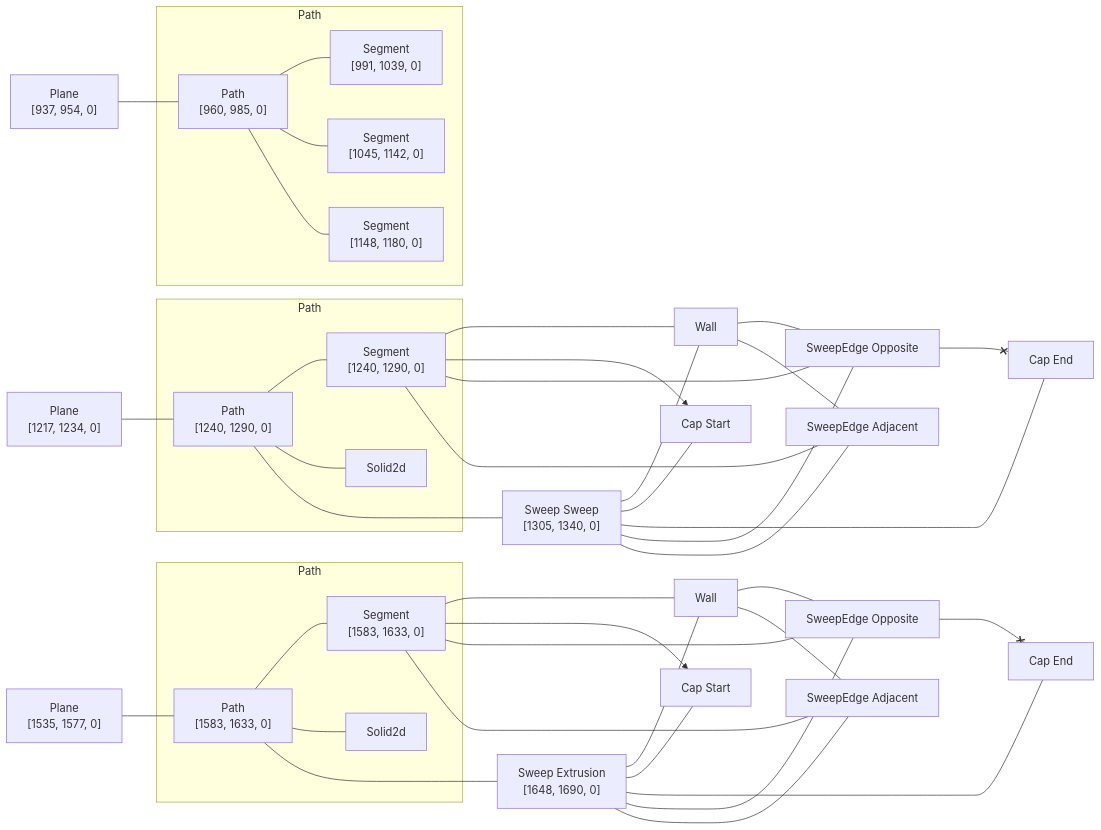
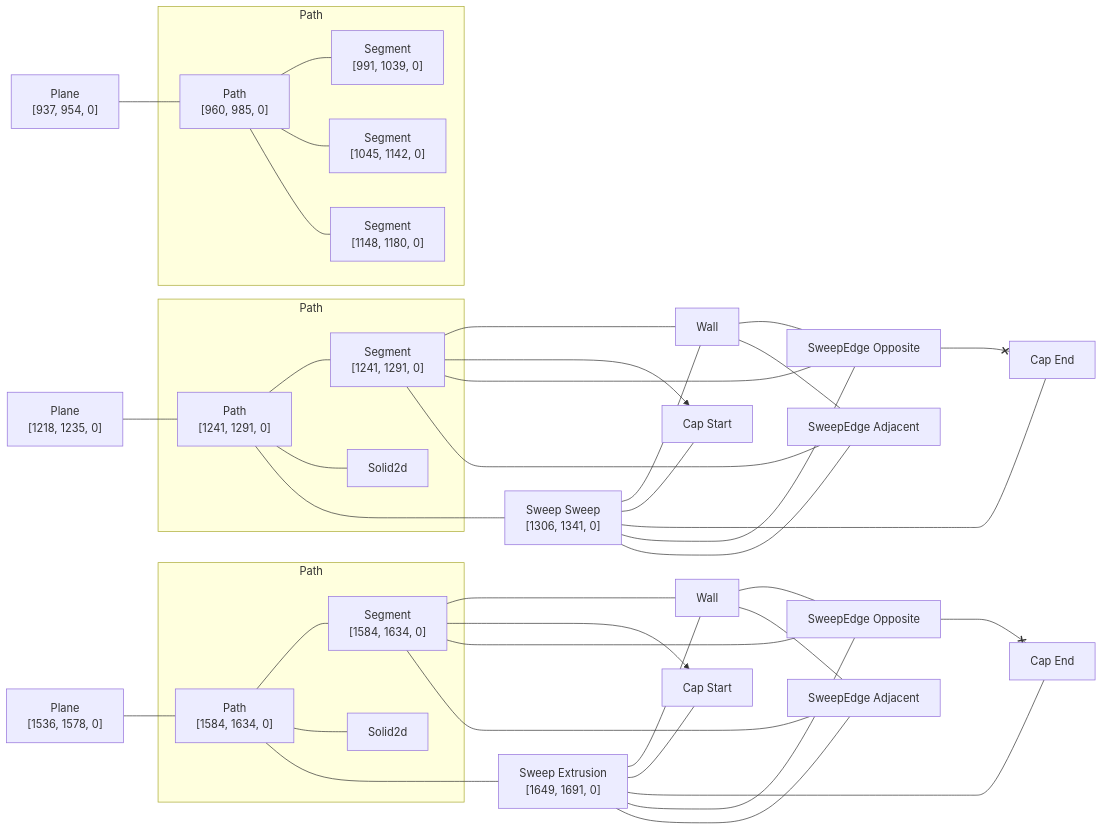
One commit to KittyCAD/modeling-app changed the diagram in rust/kcl-lib/tests/kcl_samples/marine-ladder/artifact_graph_flowchart.snap.md. Above: the diagram before and after it, drawn with Mermaid. The commit also changed 207 other files, not shown here.

```diff
--- a/rust/kcl-lib/tests/kcl_samples/marine-ladder/artifact_graph_flowchart.snap.md
+++ b/rust/kcl-lib/tests/kcl_samples/marine-ladder/artifact_graph_flowchart.snap.md
@@ -11,24 +11,24 @@
       %% [ProgramBodyItem { index: 8 }, VariableDeclarationDeclaration, VariableDeclarationInit, PipeBodyItem { index: 4 }]
   end
   subgraph path7 [Path]
-    7["Path<br>[1240, 1290, 0]"]
+    7["Path<br>[1241, 1291, 0]"]
       %% [ProgramBodyItem { index: 9 }, VariableDeclarationDeclaration, VariableDeclarationInit, PipeBodyItem { index: 1 }]
-    8["Segment<br>[1240, 1290, 0]"]
+    8["Segment<br>[1241, 1291, 0]"]
       %% [ProgramBodyItem { index: 9 }, VariableDeclarationDeclaration, VariableDeclarationInit, PipeBodyItem { index: 1 }]
     9[Solid2d]
   end
   subgraph path17 [Path]
-    17["Path<br>[1583, 1633, 0]"]
+    17["Path<br>[1584, 1634, 0]"]
       %% [ProgramBodyItem { index: 12 }, VariableDeclarationDeclaration, VariableDeclarationInit, PipeBodyItem { index: 1 }]
-    18["Segment<br>[1583, 1633, 0]"]
+    18["Segment<br>[1584, 1634, 0]"]
       %% [ProgramBodyItem { index: 12 }, VariableDeclarationDeclaration, VariableDeclarationInit, PipeBodyItem { index: 1 }]
     19[Solid2d]
   end
   1["Plane<br>[937, 954, 0]"]
     %% [ProgramBodyItem { index: 8 }, VariableDeclarationDeclaration, VariableDeclarationInit, PipeBodyItem { index: 0 }]
-  6["Plane<br>[1217, 1234, 0]"]
+  6["Plane<br>[1218, 1235, 0]"]
     %% [ProgramBodyItem { index: 9 }, VariableDeclarationDeclaration, VariableDeclarationInit, PipeBodyItem { index: 0 }]
-  10["Sweep Sweep<br>[1305, 1340, 0]"]
+  10["Sweep Sweep<br>[1306, 1341, 0]"]
     %% [ProgramBodyItem { index: 10 }, VariableDeclarationDeclaration, VariableDeclarationInit]
   11[Wall]
     %% face_code_ref=Missing NodePath
@@ -38,9 +38,9 @@
     %% face_code_ref=Missing NodePath
   14["SweepEdge Opposite"]
   15["SweepEdge Adjacent"]
-  16["Plane<br>[1535, 1577, 0]"]
+  16["Plane<br>[1536, 1578, 0]"]
     %% [ProgramBodyItem { index: 12 }, VariableDeclarationDeclaration, VariableDeclarationInit, PipeBodyItem { index: 0 }]
-  20["Sweep Extrusion<br>[1648, 1690, 0]"]
+  20["Sweep Extrusion<br>[1649, 1691, 0]"]
     %% [ProgramBodyItem { index: 13 }, VariableDeclarationDeclaration, VariableDeclarationInit]
   21[Wall]
     %% face_code_ref=Missing NodePath
```
